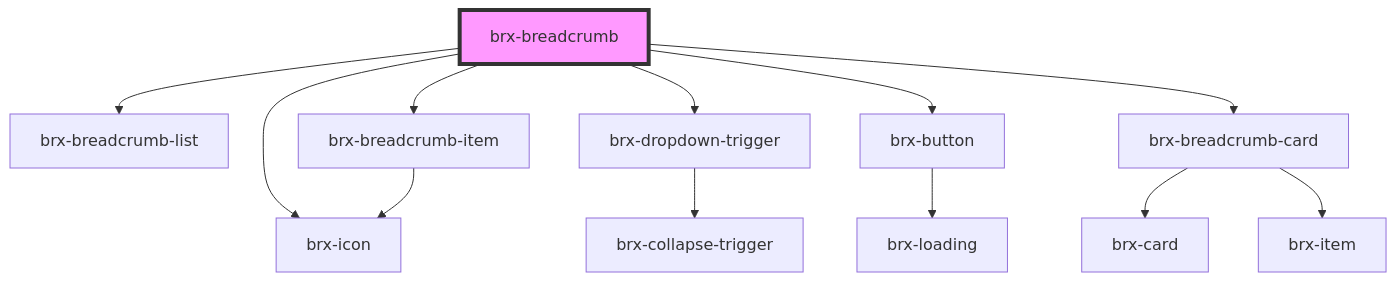
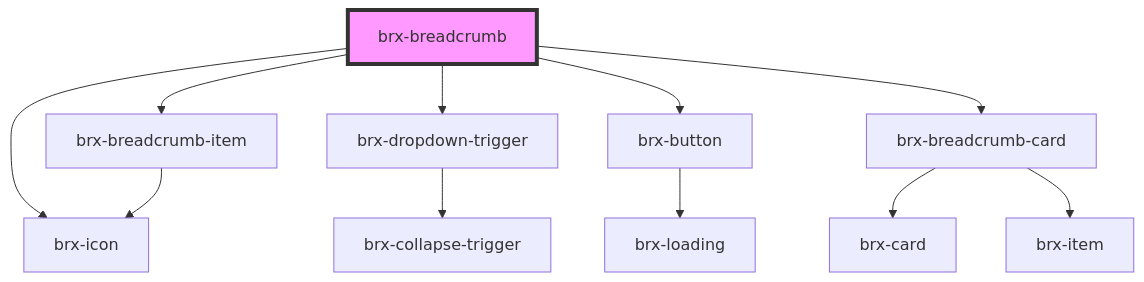
One commit to copperui/copperui changed the diagram in packages/core/src/components/brx-breadcrumb/readme.md. Above: the diagram before and after it, drawn with Mermaid. The commit also changed other lines of this file and 8 other files, not shown here.

Commit message:
fix(core): brx-breadcrumb: remove list component

````diff
--- a/packages/core/src/components/brx-breadcrumb/readme.md
+++ b/packages/core/src/components/brx-breadcrumb/readme.md
@@ -27,15 +26,14 @@
 ```mermaid
 graph TD;
-  brx-breadcrumb --> brx-breadcrumb-list
   brx-breadcrumb --> brx-breadcrumb-item
   brx-breadcrumb --> brx-dropdown-trigger
   brx-breadcrumb --> brx-button
   brx-breadcrumb --> brx-icon
   brx-breadcrumb --> brx-breadcrumb-card
   brx-breadcrumb-item --> brx-icon
   brx-dropdown-trigger --> brx-collapse-trigger
   brx-button --> brx-loading
   brx-breadcrumb-card --> brx-card
   brx-breadcrumb-card --> brx-item
   style brx-breadcrumb fill:#f9f,stroke:#333,stroke-width:4px
 ```
````
